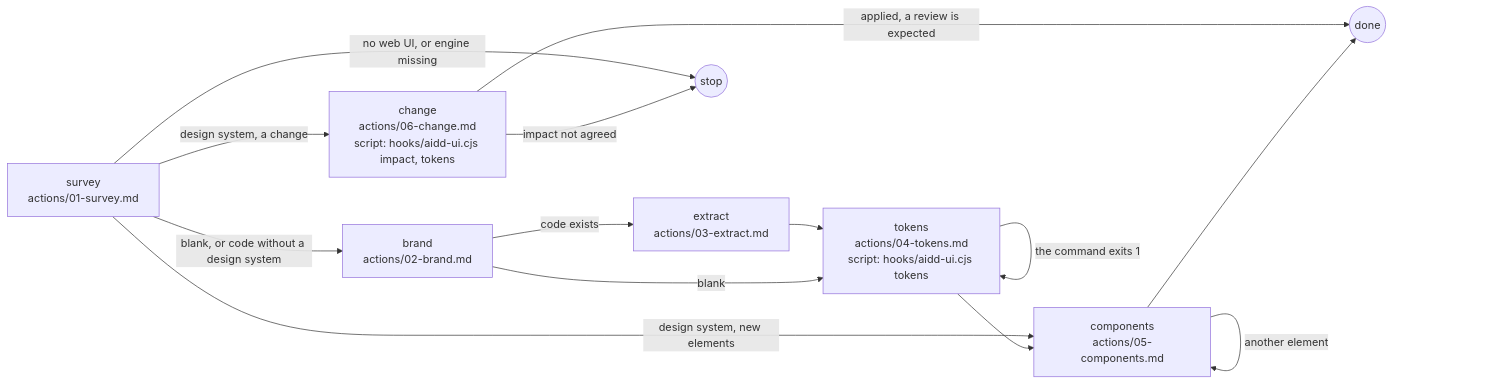
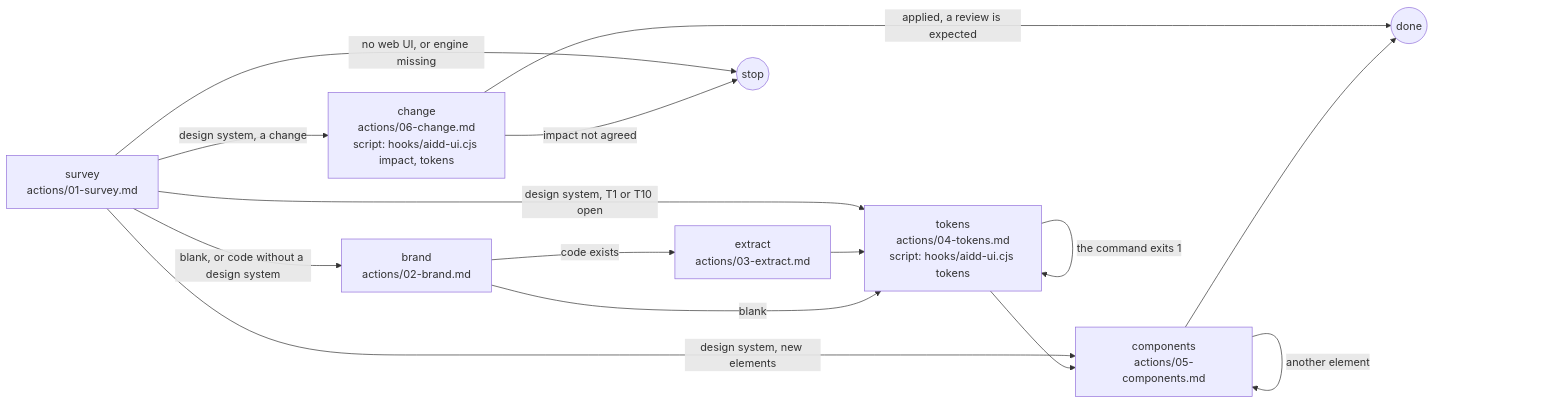
The diagram in plugins/aidd-ui/skills/01-system/SKILL.md (ai-driven-dev/framework), drawn with Mermaid before and after one commit. The commit also changed other lines of this file and 5 other files, not shown here.

````diff
--- a/plugins/aidd-ui/skills/01-system/SKILL.md
+++ b/plugins/aidd-ui/skills/01-system/SKILL.md
@@ -10,16 +10,17 @@
 ```mermaid
 flowchart LR
   survey["survey<br>actions/01-survey.md"] -->|"blank, or code without a design system"| brand["brand<br>actions/02-brand.md"]
   brand -->|"blank"| tokens["tokens<br>actions/04-tokens.md<br>script: hooks/aidd-ui.cjs tokens"]
   brand -->|"code exists"| extract["extract<br>actions/03-extract.md"]
   extract --> tokens
   tokens -->|"the command exits 1"| tokens
   tokens --> components["components<br>actions/05-components.md"]
   components -->|"another element"| components
   components --> done((done))
+  survey -->|"design system, T1 or T10 open"| tokens
   survey -->|"design system, new elements"| components
   survey -->|"design system, a change"| change["change<br>actions/06-change.md<br>script: hooks/aidd-ui.cjs impact, tokens"]
   change -->|"impact not agreed"| stop((stop))
   change -->|"applied, a review is expected"| done
   survey -->|"no web UI, or engine missing"| stop
 ```
````
